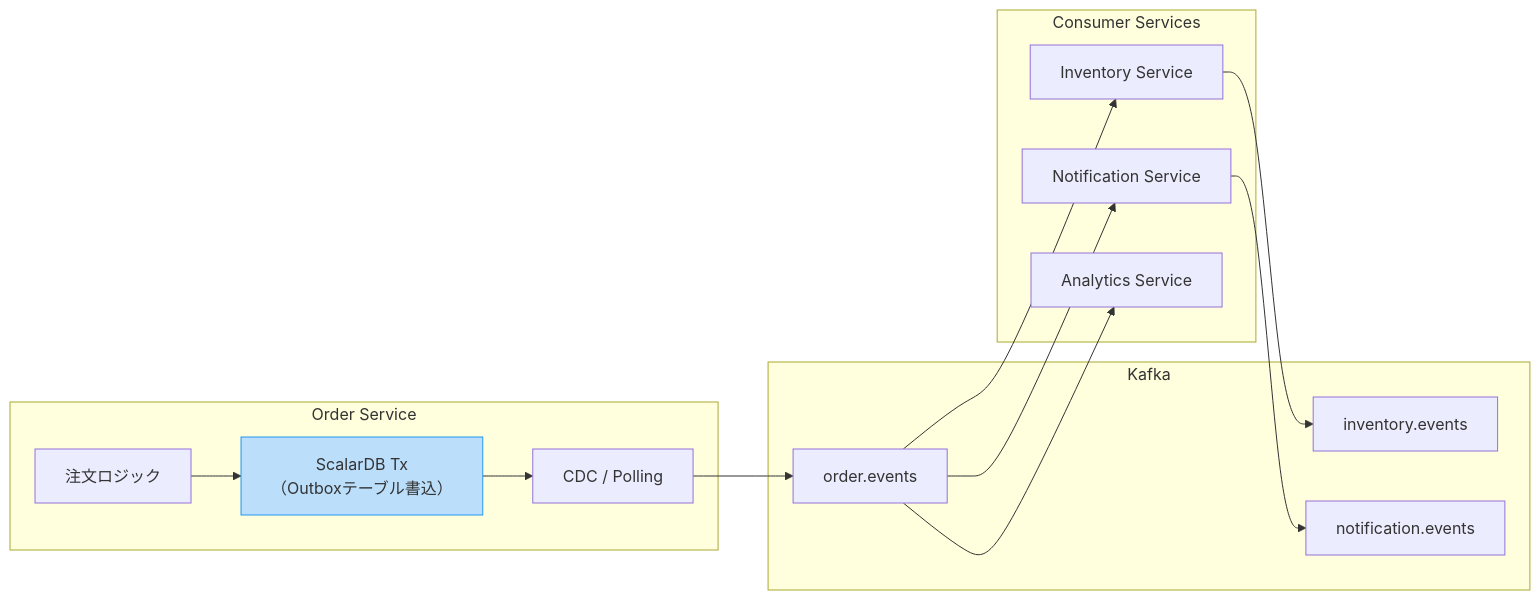
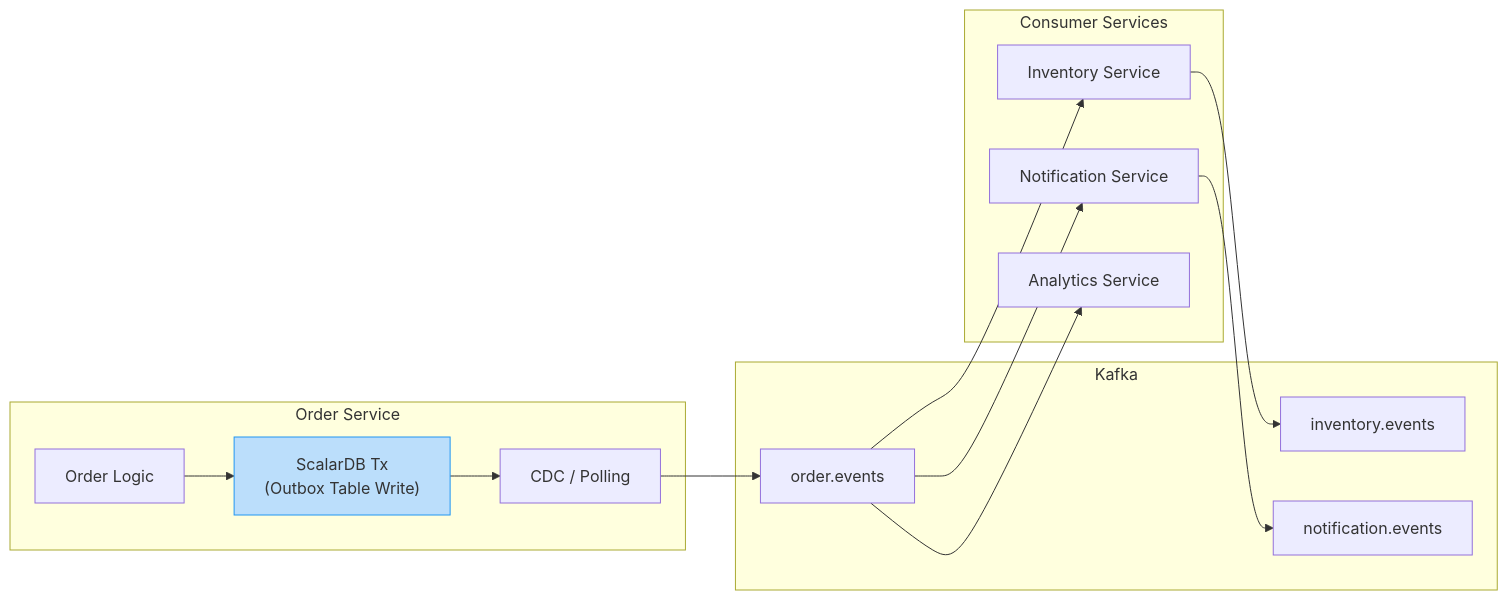
The third of 6 diagrams in workflow/greenfield/06_api_interface_design.md (wfukatsu/nexus-architect), drawn with Mermaid before and after one commit. The commit also changed other lines of this file and 6 other files, not shown here.

````diff
--- a/workflow/greenfield/06_api_interface_design.md
+++ b/workflow/greenfield/06_api_interface_design.md
@@ -142,32 +142,32 @@
 ```mermaid
 flowchart LR
     subgraph OrderService["Order Service"]
-        O1["注文ロジック"]
-        O2["ScalarDB Tx\n（Outboxテーブル書込）"]
+        O1["Order Logic"]
+        O2["ScalarDB Tx\n(Outbox Table Write)"]
         O3["CDC / Polling"]
     end
 
     subgraph Kafka["Kafka"]
         T1["order.events"]
         T2["inventory.events"]
         T3["notification.events"]
     end
 
     subgraph Consumers["Consumer Services"]
         C1["Inventory Service"]
         C2["Notification Service"]
         C3["Analytics Service"]
     end
 
     O1 --> O2
     O2 --> O3
     O3 --> T1
 
     T1 --> C1
     C1 --> T2
     T1 --> C2
     C2 --> T3
     T1 --> C3
 
     style O2 fill:#bbdefb,stroke:#2196f3
 ```
````
